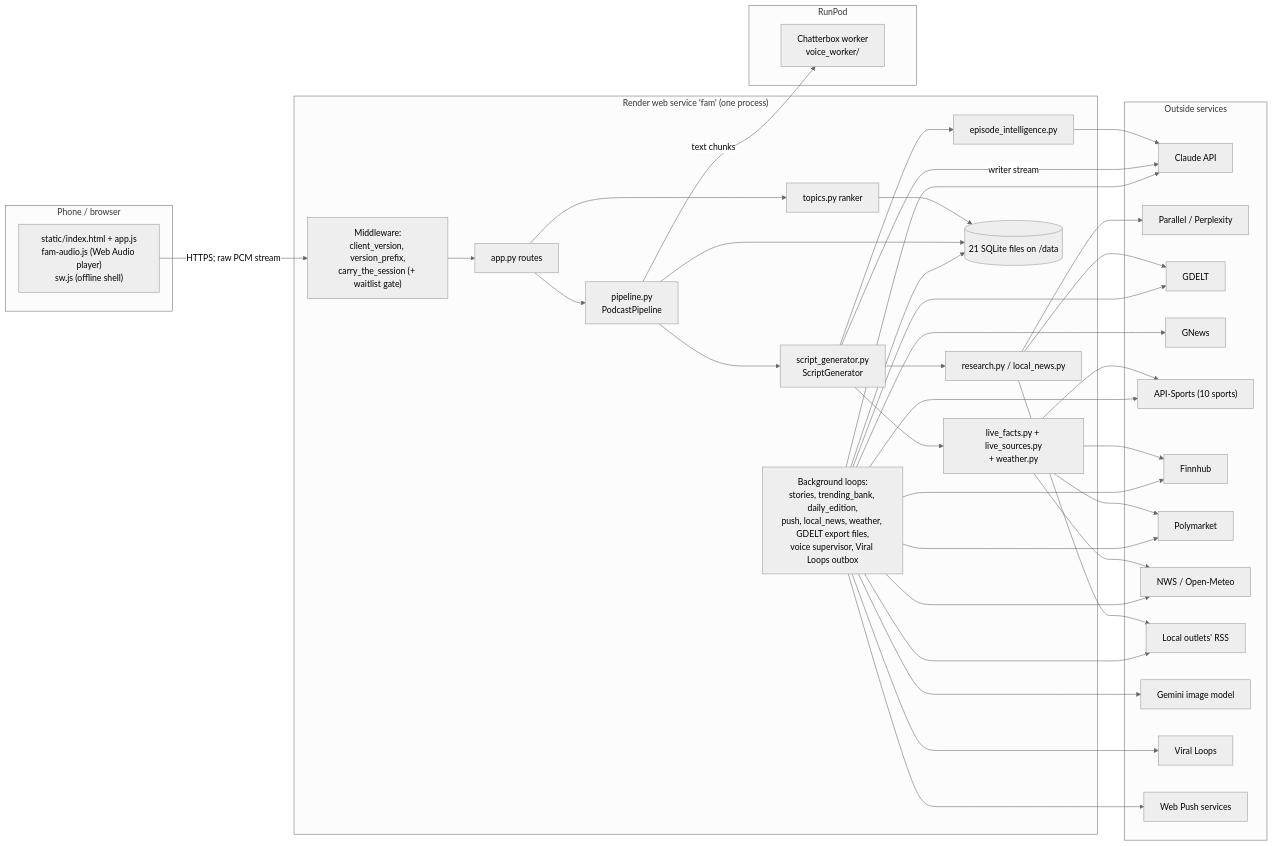
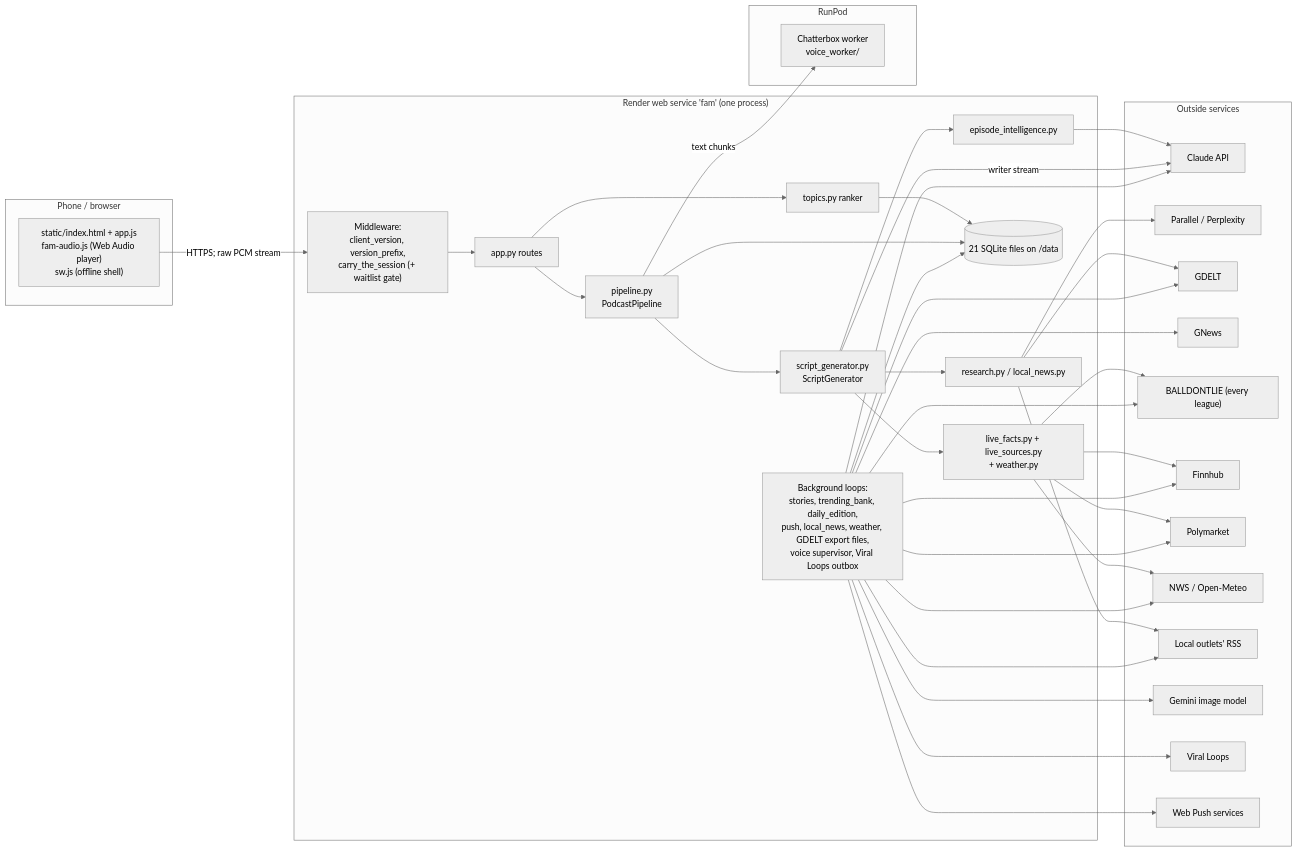
The first of 5 diagrams in docs/BACKEND.md (tjweingart-byte/FAM), drawn with Mermaid (neutral theme) before and after one commit. The commit also changed other lines of this file and 61 other files, not shown here.

````diff
--- a/docs/BACKEND.md
+++ b/docs/BACKEND.md
@@ -32,46 +32,46 @@
 ```mermaid
 flowchart LR
   subgraph Client["Phone / browser"]
     UI["static/index.html + app.js<br/>fam-audio.js (Web Audio player)<br/>sw.js (offline shell)"]
   end
   subgraph Render["Render web service 'fam' (one process)"]
     MW["Middleware:<br/>client_version, version_prefix,<br/>carry_the_session (+ waitlist gate)"]
     APP["app.py routes"]
     PIPE["pipeline.py<br/>PodcastPipeline"]
     GEN["script_generator.py<br/>ScriptGenerator"]
     EI["episode_intelligence.py"]
     RES["research.py / local_news.py"]
     LF["live_facts.py + live_sources.py<br/>+ weather.py"]
     RANK["topics.py ranker"]
     BG["Background loops:<br/>stories, trending_bank, daily_edition,<br/>push, local_news, weather, GDELT export files,<br/>voice supervisor, Viral Loops outbox"]
     DB[("21 SQLite files on /data")]
   end
   subgraph Ext["Outside services"]
     CL["Claude API"]
     WEBS["Parallel / Perplexity"]
     GD["GDELT"]
     GN["GNews"]
-    AS["API-Sports (10 sports)"]
+    AS["BALLDONTLIE (every league)"]
     FH["Finnhub"]
     PM["Polymarket"]
     WX["NWS / Open-Meteo"]
     FEEDS["Local outlets' RSS"]
     GEM["Gemini image model"]
     VL["Viral Loops"]
     WP["Web Push services"]
   end
   subgraph RunPod
     TTS["Chatterbox worker<br/>voice_worker/"]
   end
   UI -- "HTTPS; raw PCM stream" --> MW --> APP
   APP --> PIPE --> GEN
   GEN --> EI --> CL
   GEN --> RES --> WEBS & GD & FEEDS
   GEN --> LF --> AS & FH & PM & WX
   GEN -- "writer stream" --> CL
   PIPE -- "text chunks" --> TTS
   APP --> RANK --> DB
   PIPE --> DB
   BG --> CL & GN & GD & AS & FH & PM & WX & FEEDS & GEM & VL & WP
   BG --> DB
 ```
````
